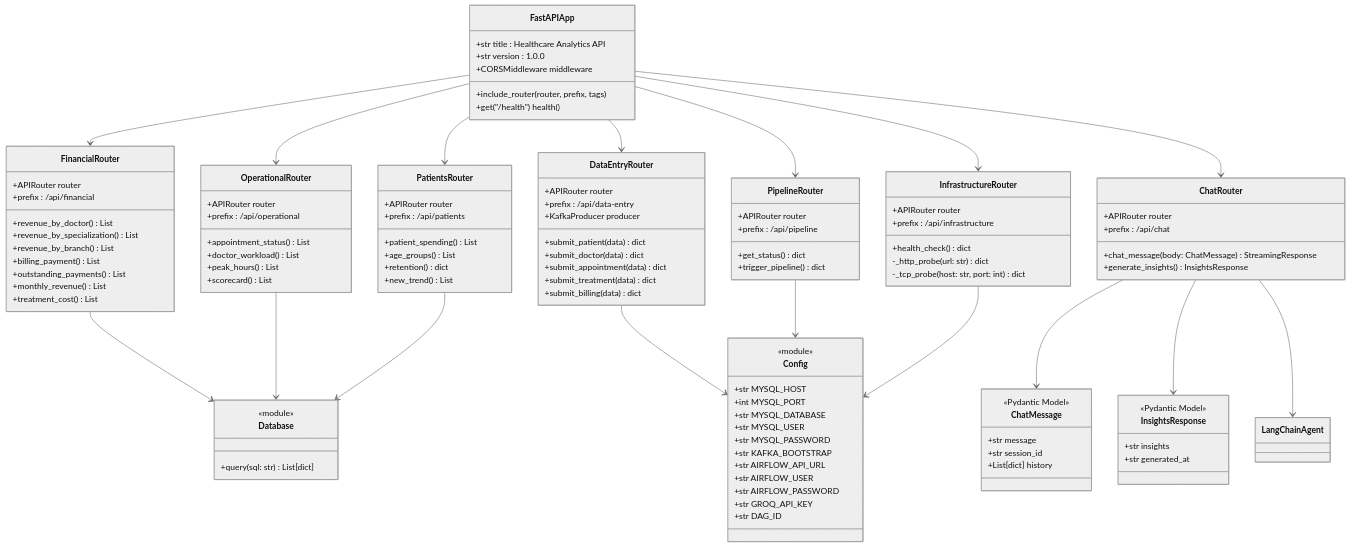
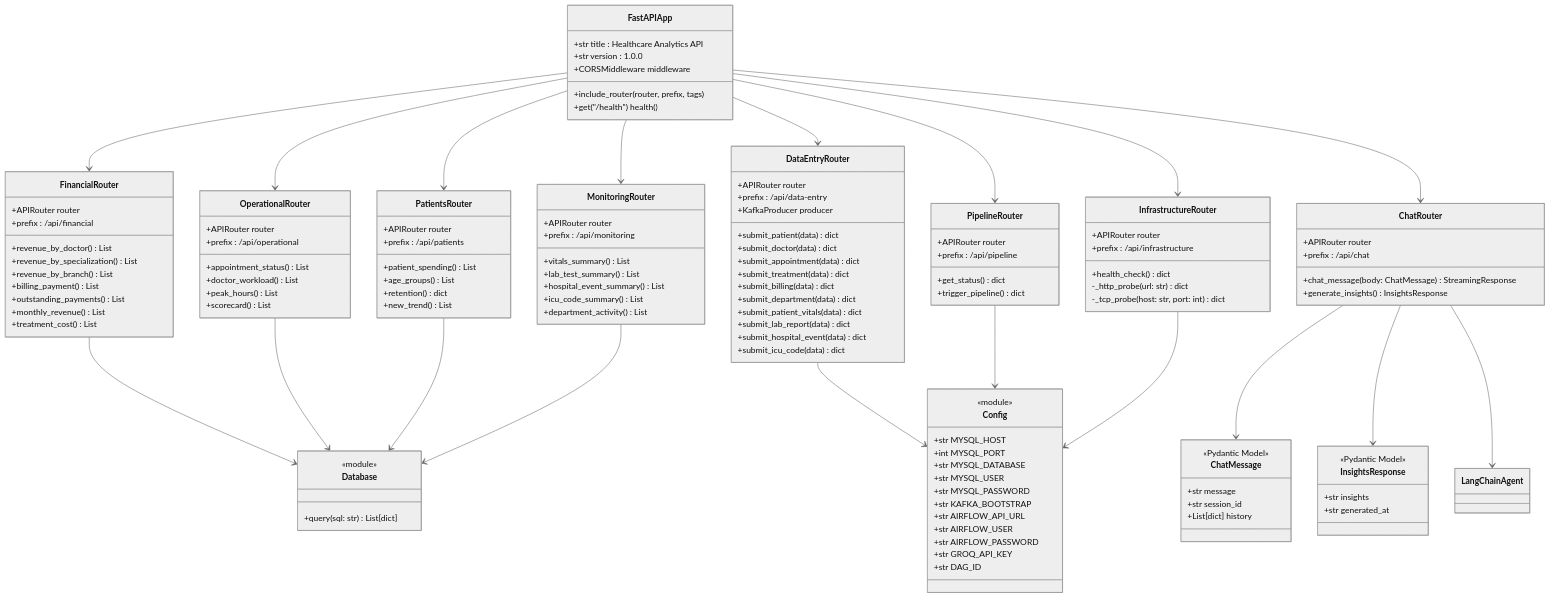
Before and after one commit to PampariNaresh/healthcare-data-platform: the third of 12 diagrams in PROJECT_DOCUMENTATION.md, drawn with Mermaid (neutral theme). The commit also changed other lines of this file and 1 other file, not shown here.

First line of the commit message:
Update PROJECT_DOCUMENTATION and ER_DIAGRAMS for full platform

```diff
--- a/PROJECT_DOCUMENTATION.md
+++ b/PROJECT_DOCUMENTATION.md
@@ -585,6 +669,16 @@
         +trigger_pipeline() dict
     }
 
+    class MonitoringRouter {
+        +APIRouter router
+        +prefix : /api/monitoring
+        +vitals_summary() List
+        +lab_test_summary() List
+        +hospital_event_summary() List
+        +icu_code_summary() List
+        +department_activity() List
+    }
+
     class DataEntryRouter {
         +APIRouter router
         +prefix : /api/data-entry
@@ -594,6 +688,11 @@
         +submit_appointment(data) dict
         +submit_treatment(data) dict
         +submit_billing(data) dict
+        +submit_department(data) dict
+        +submit_patient_vitals(data) dict
+        +submit_lab_report(data) dict
+        +submit_hospital_event(data) dict
+        +submit_icu_code(data) dict
     }
 
     class InfrastructureRouter {
@@ -627,15 +726,17 @@
     FastAPIApp --> FinancialRouter
     FastAPIApp --> OperationalRouter
     FastAPIApp --> PatientsRouter
+    FastAPIApp --> MonitoringRouter
     FastAPIApp --> PipelineRouter
     FastAPIApp --> DataEntryRouter
     FastAPIApp --> InfrastructureRouter
     FastAPIApp --> ChatRouter
-    FinancialRouter   --> Database
-    OperationalRouter --> Database
-    PatientsRouter    --> Database
-    DataEntryRouter   --> Config
-    PipelineRouter    --> Config
+    FinancialRouter      --> Database
+    OperationalRouter    --> Database
+    PatientsRouter       --> Database
+    MonitoringRouter     --> Database
+    DataEntryRouter      --> Config
+    PipelineRouter       --> Config
     InfrastructureRouter --> Config
     ChatRouter --> ChatMessage
     ChatRouter --> InsightsResponse
```
